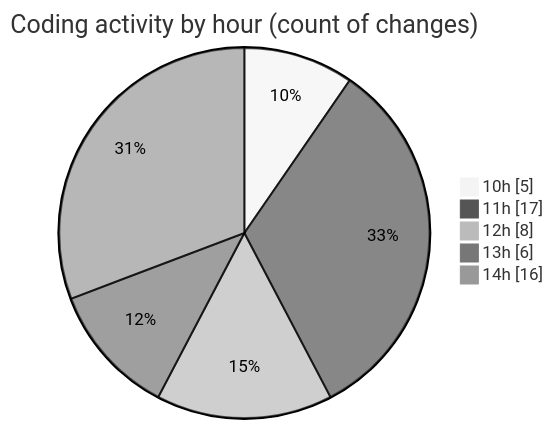
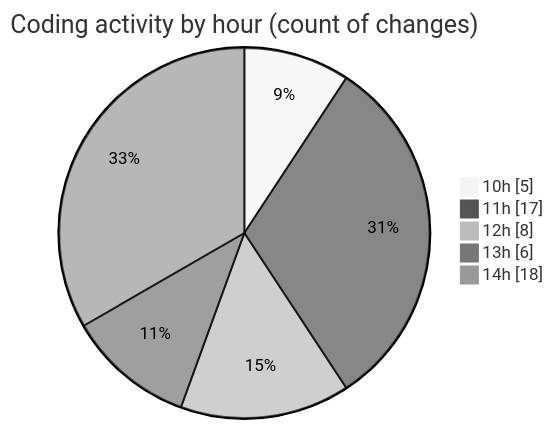
The second of 2 diagrams in 2025-05-05/ecodeli/README.md (CELIANVF/code-tracking), drawn with Mermaid (neutral theme) before and after one commit. The commit also changed other lines of this file and 1 other file, not shown here.

````diff
--- a/2025-05-05/ecodeli/README.md
+++ b/2025-05-05/ecodeli/README.md
@@ -56,9 +57,9 @@
 ```mermaid
 pie showData
 title Coding activity by hour (count of changes)
 "10h" : 5
 "11h" : 17
 "12h" : 8
 "13h" : 6
-"14h" : 16
+"14h" : 18
 ```
````
